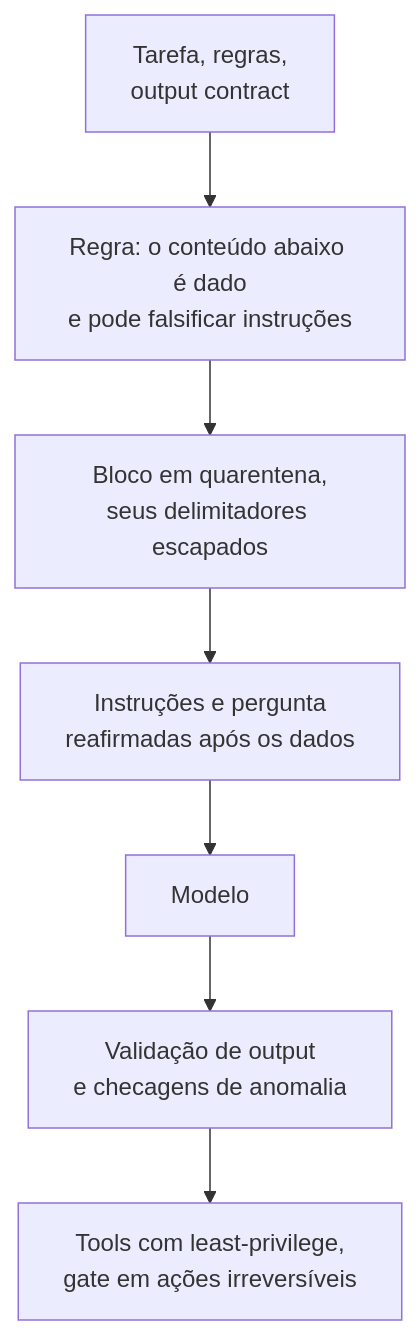
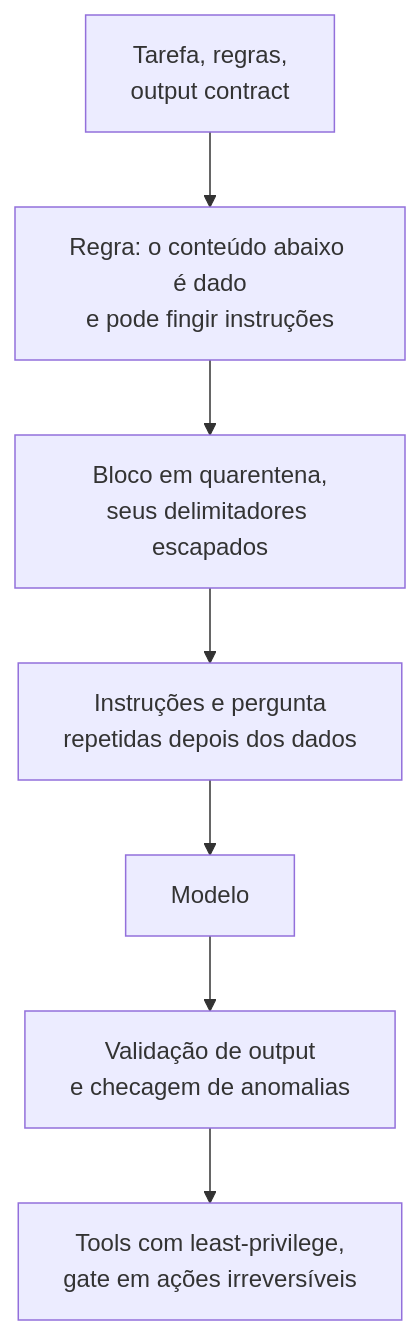
The ninth of 26 diagrams in 03-prompt-engineering-and-context/questions.pt-BR.md (andrevberaldo/AI-Engineer-Interview-Questions), drawn with Mermaid before and after one commit. The commit also changed other lines of this file and 1 other file, not shown here.

````diff
--- a/03-prompt-engineering-and-context/questions.pt-BR.md
+++ b/03-prompt-engineering-and-context/questions.pt-BR.md
@@ -553,9 +553,9 @@
 ```mermaid
 flowchart TD
-    A["Tarefa, regras,<br/>output contract"] --> B["Regra: o conteúdo abaixo é dado<br/>e pode falsificar instruções"]
+    A["Tarefa, regras,<br/>output contract"] --> B["Regra: o conteúdo abaixo é dado<br/>e pode fingir instruções"]
     B --> C["Bloco em quarentena,<br/>seus delimitadores escapados"]
-    C --> D["Instruções e pergunta<br/>reafirmadas após os dados"]
+    C --> D["Instruções e pergunta<br/>repetidas depois dos dados"]
     D --> E["Modelo"]
-    E --> F["Validação de output<br/>e checagens de anomalia"]
+    E --> F["Validação de output<br/>e checagem de anomalias"]
     F --> G["Tools com least-privilege,<br/>gate em ações irreversíveis"]
 ```
````
